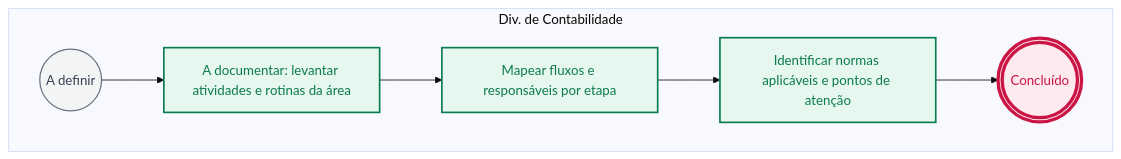
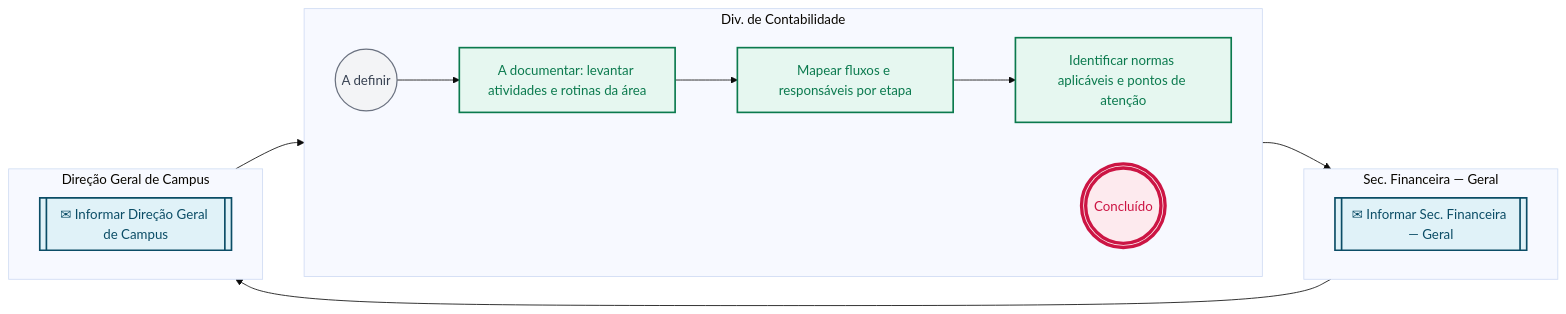
The second of 2 diagrams in pops/DCONT/DCONT-00.md (jessefers/canvas-vivo-atdg), drawn with Mermaid (base theme) before and after one commit. The commit also changed other lines of this file and 95 other files, not shown here.

````diff
--- a/pops/DCONT/DCONT-00.md
+++ b/pops/DCONT/DCONT-00.md
@@ -117,24 +138,35 @@
 ```mermaid
 flowchart LR
   subgraph R1["Div. de Contabilidade"]
     direction LR
     e1(("A definir"))
     e2["A documentar: levantar atividades e rotinas da área"]
     e3["Mapear fluxos e responsáveis por etapa"]
     e4["Identificar normas aplicáveis e pontos de atenção"]
-    e5((("Concluído")))
+    e7((("Concluído")))
+  end
+  subgraph R2["Sec. Financeira — Geral"]
+    direction LR
+    e5[["✉ Informar Sec. Financeira — Geral"]]
+  end
+  subgraph R3["Direção Geral de Campus"]
+    direction LR
+    e6[["✉ Informar Direção Geral de Campus"]]
   end
   e1 --> e2
   e2 --> e3
   e3 --> e4
   e4 --> e5
+  e5 --> e6
+  e6 --> e7
   classDef inicio fill:#f3f4f6,stroke:#6b7280,stroke-width:1.5px,color:#374151
   classDef atividade fill:#E6F7F0,stroke:#0B7A4E,stroke-width:2px,color:#0B7A4E
   classDef decisao fill:#FFF4ED,stroke:#C9783A,stroke-width:2px,color:#C9783A
   classDef fim fill:#FDEAEE,stroke:#CC1544,stroke-width:4px,color:#CC1544
   classDef pausa fill:#FDEAEE,stroke:#CC1544,stroke-width:2px,color:#CC1544
   classDef captura fill:#E0F2F8,stroke:#0B4D66,stroke-width:2px,color:#0B4D66
   class e1 inicio
   class e2,e3,e4 atividade
-  class e5 fim
+  class e5,e6 captura
+  class e7 fim
 ```
````
